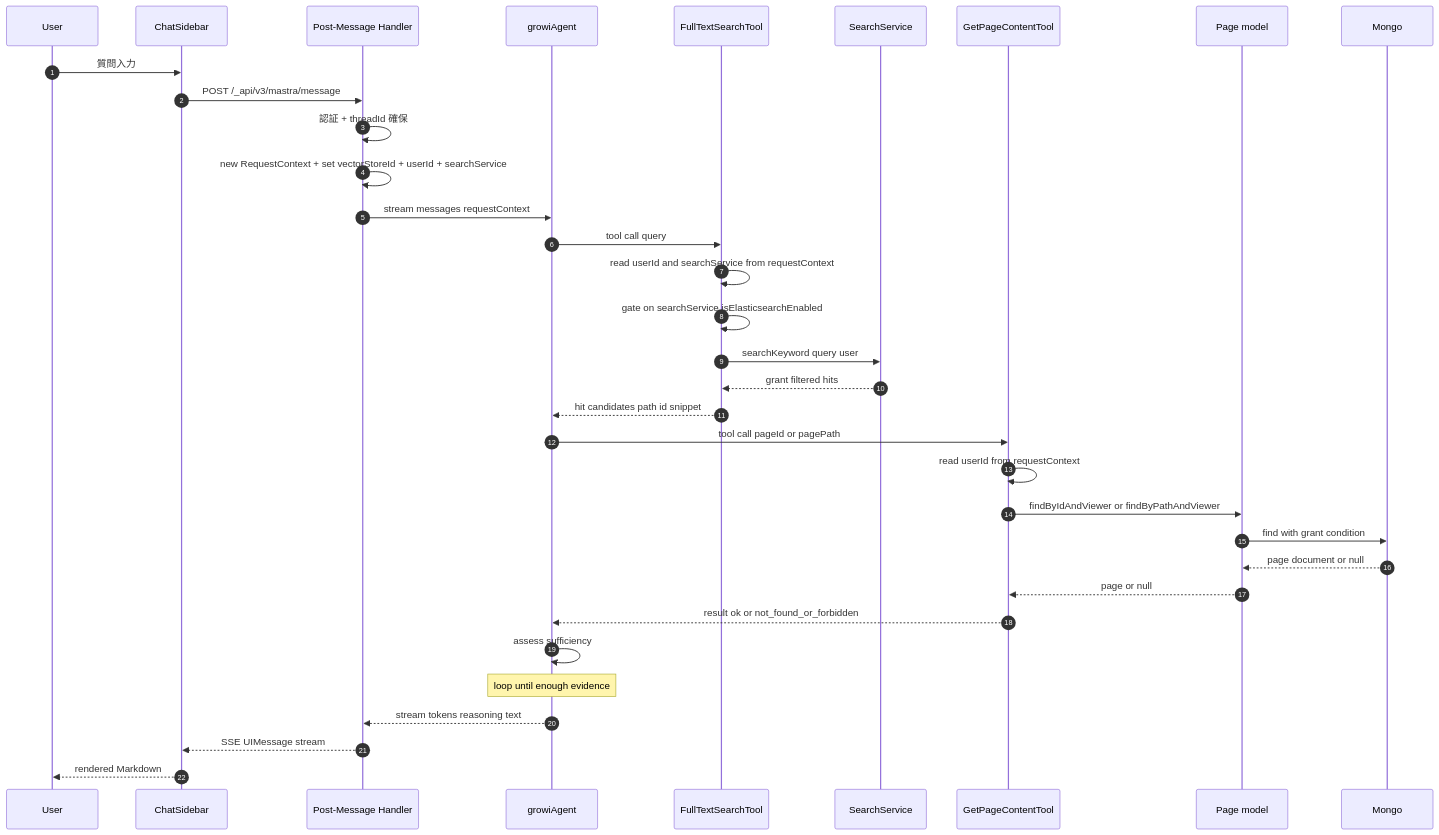
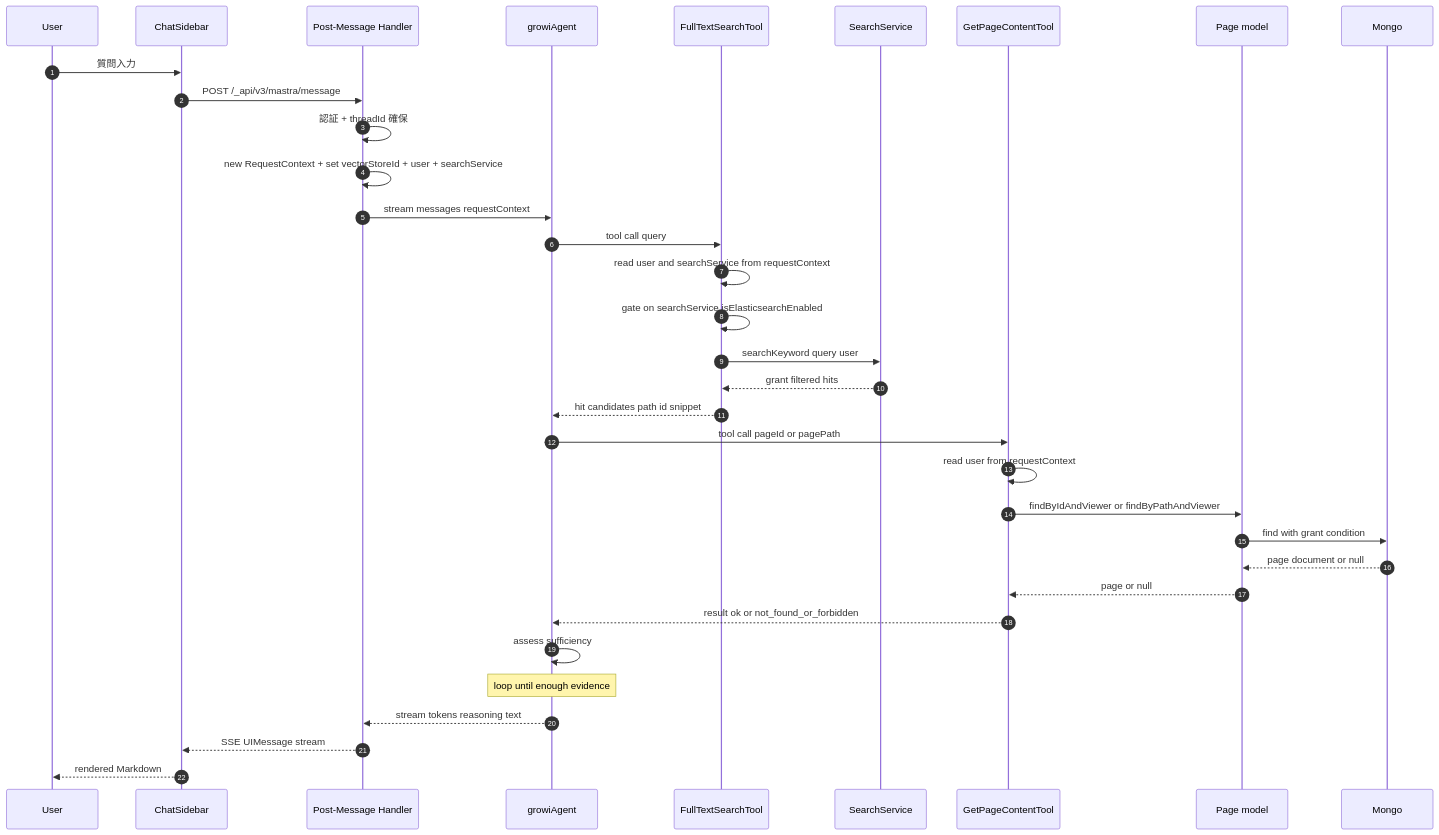
One commit to growilabs/growi changed the second of 4 diagrams in .kiro/specs/agentic-search/design.md. Above: the diagram before and after it, drawn with Mermaid. The commit also changed other lines of this file and 1 other file, not shown here.

Commit message:
feat: Enhance agentic search tools and request context

````diff
--- a/.kiro/specs/agentic-search/design.md
+++ b/.kiro/specs/agentic-search/design.md
@@ -197,37 +197,37 @@
 ```mermaid
 sequenceDiagram
     autonumber
     participant User
     participant ChatSidebar
     participant PostMessage as Post-Message Handler
     participant Agent as growiAgent
     participant FullText as FullTextSearchTool
     participant SearchSvc as SearchService
     participant GetPage as GetPageContentTool
     participant Page as Page model
     participant Mongo
 
     User->>ChatSidebar: 質問入力
     ChatSidebar->>PostMessage: POST /_api/v3/mastra/message
     PostMessage->>PostMessage: 認証 + threadId 確保
-    PostMessage->>PostMessage: new RequestContext + set vectorStoreId + userId + searchService
+    PostMessage->>PostMessage: new RequestContext + set vectorStoreId + user + searchService
     PostMessage->>Agent: stream messages requestContext
     Agent->>FullText: tool call query
-    FullText->>FullText: read userId and searchService from requestContext
+    FullText->>FullText: read user and searchService from requestContext
     FullText->>FullText: gate on searchService.isElasticsearchEnabled
     FullText->>SearchSvc: searchKeyword query user
     SearchSvc-->>FullText: grant filtered hits
     FullText-->>Agent: hit candidates path id snippet
     Agent->>GetPage: tool call pageId or pagePath
-    GetPage->>GetPage: read userId from requestContext
+    GetPage->>GetPage: read user from requestContext
     GetPage->>Page: findByIdAndViewer or findByPathAndViewer
     Page->>Mongo: find with grant condition
     Mongo-->>Page: page document or null
     Page-->>GetPage: page or null
     GetPage-->>Agent: result ok or not_found_or_forbidden
     Agent->>Agent: assess sufficiency
     Note over Agent: loop until enough evidence
     Agent-->>PostMessage: stream tokens reasoning text
     PostMessage-->>ChatSidebar: SSE UIMessage stream
     ChatSidebar-->>User: rendered Markdown
 ```
````
